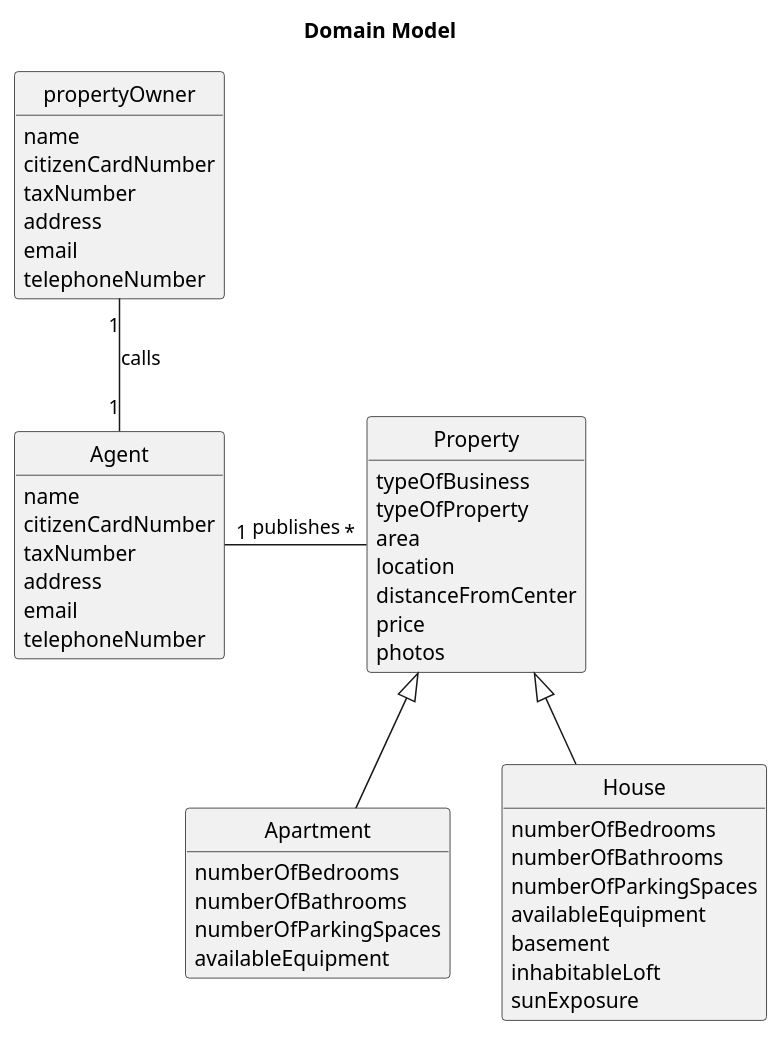
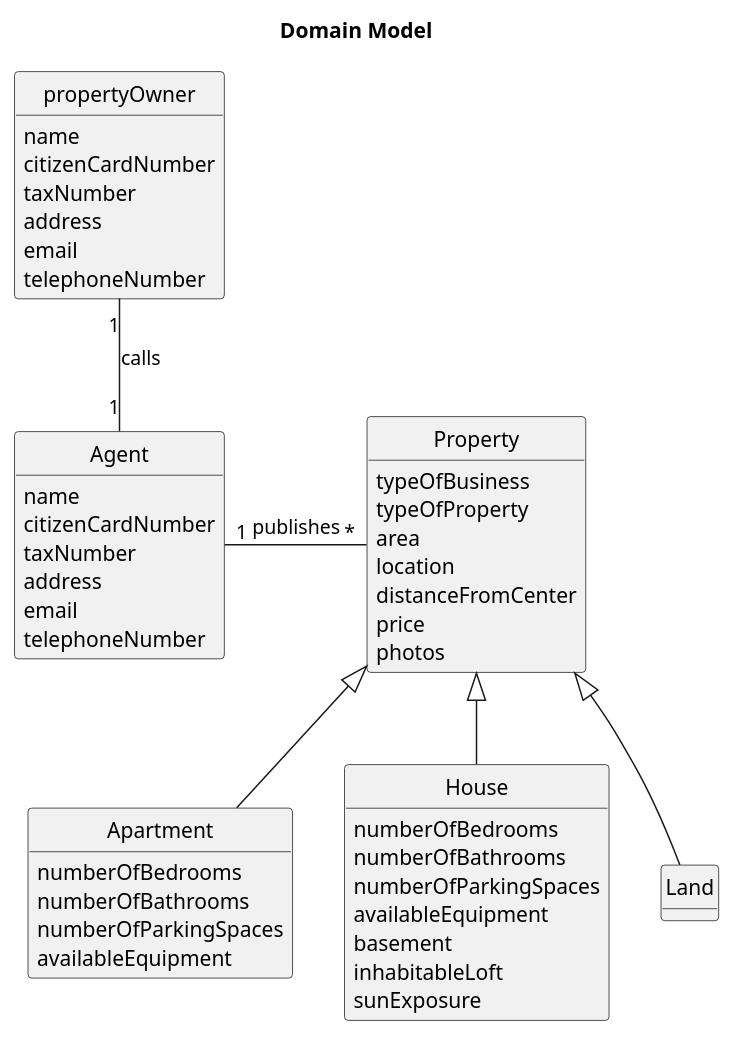
One commit to Goncalves2525/real-estate-management-system changed the diagram in docs/sprintA/us002/02.analysis/puml/us002-domain-model.puml. Above: the diagram before and after it, drawn with PlantUML. The commit also changed 9 other files, not shown here.

```diff
--- a/docs/sprintA/us002/02.analysis/puml/us002-domain-model.puml
+++ b/docs/sprintA/us002/02.analysis/puml/us002-domain-model.puml
@@ -1,81 +1,85 @@
 @startuml
 skinparam monochrome true
 skinparam packageStyle rectangle
 skinparam shadowing false
 skinparam classAttributeIconSize 0
 hide circle
 hide methods
 
 title Domain Model
 
 class propertyOwner {
     name
     citizenCardNumber
     taxNumber
     address
     email
     telephoneNumber
 }
 
 class Agent {
     name
     citizenCardNumber
     taxNumber
     address
     email
     telephoneNumber
 }
 
 'class Property{
 '    typeOfProperty
 '    area
 '    location
 '    distanceFromCityCentre
 '    requestedPrice
 '    photographs
 '    numberOfBedrooms
 '    numberOfBathrooms
 '    numberOfParkingSpaces
 '    availableEquipment
 '    hasBasement
 '    hasInhabitableLoft
 '    sunExposureValue
 '}
 
 class Property{
     typeOfBusiness
     typeOfProperty
     area
     location
     distanceFromCenter
     price
     photos
 }
 
 class Apartment extends Property{
     numberOfBedrooms
     numberOfBathrooms
     numberOfParkingSpaces
     availableEquipment
 }
 
 class House extends Property{
     numberOfBedrooms
     numberOfBathrooms
     numberOfParkingSpaces
     availableEquipment
     basement
     inhabitableLoft
     sunExposure
 }
 
-'class Land{
-'
-'}
+class Land extends Property{
+'    area
+'    location
+'    distanceFromCenter
+'    price
+'    photos
+}
 
 propertyOwner "1" -- "1" Agent : calls
 Agent "1" - "*" Property: publishes
 'Property <|-- House
 'Property <|-- Apartment
 'Property <|-- Land
 @enduml
```
